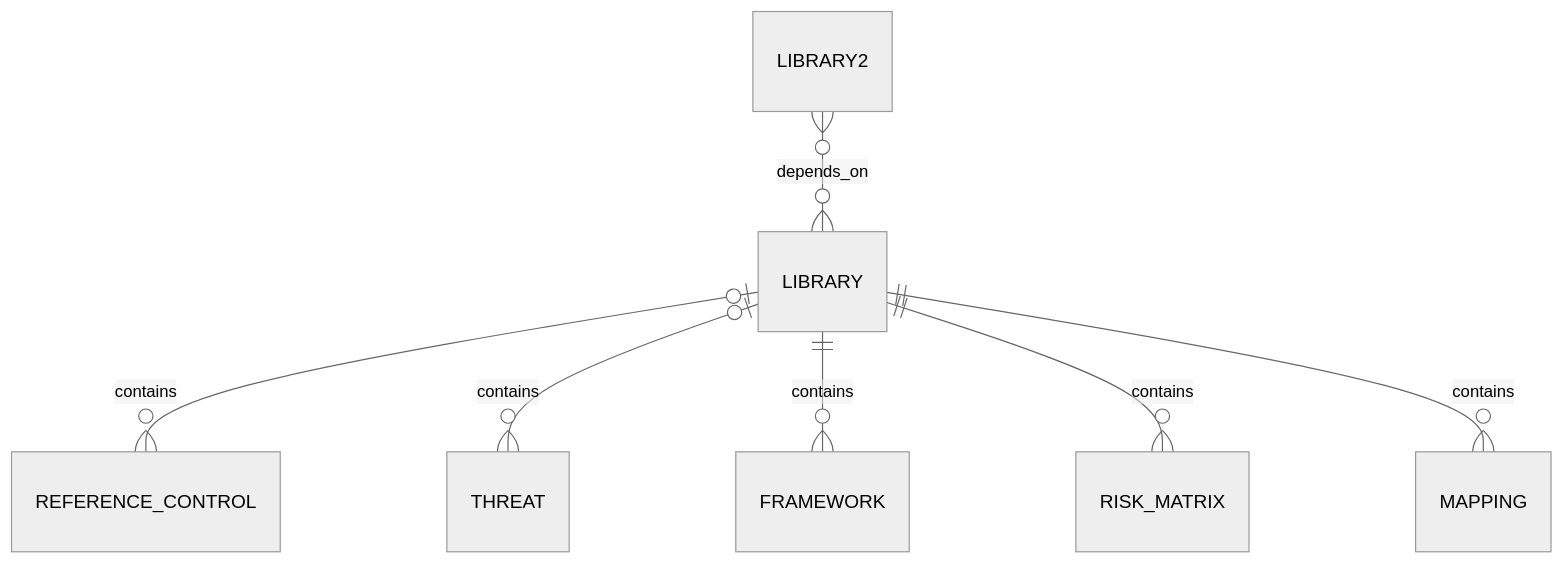
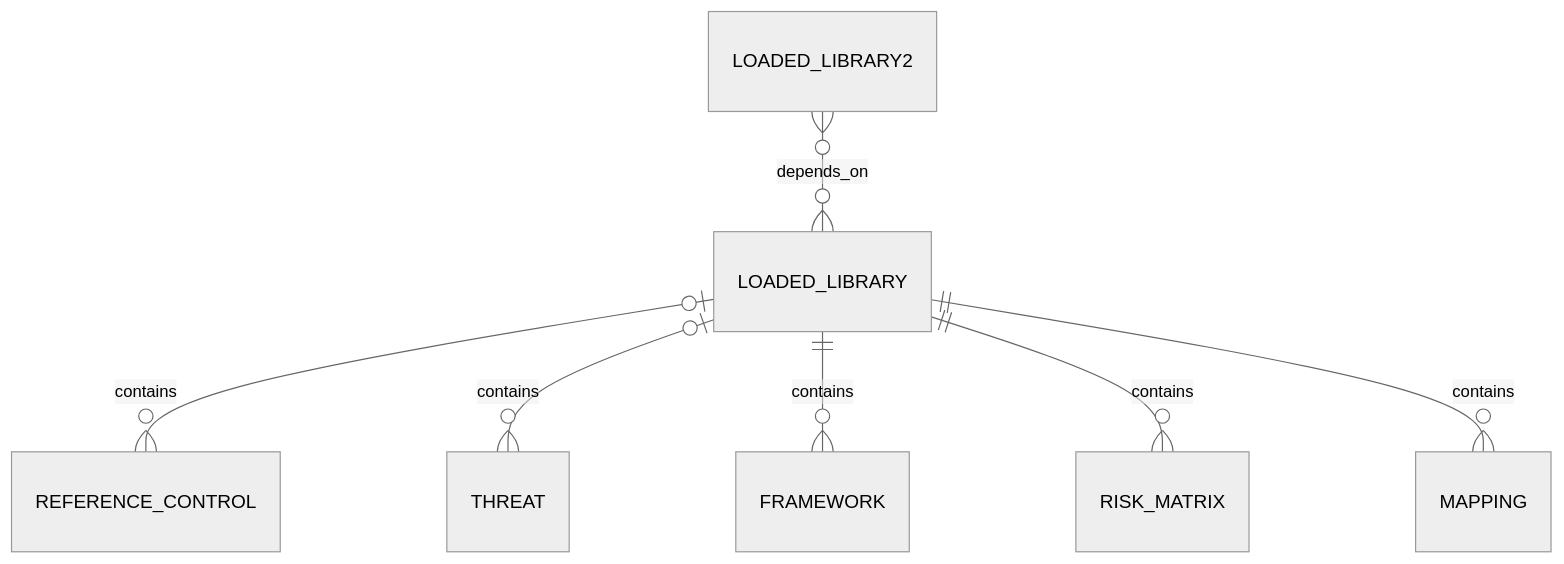
One commit to intuitem/ciso-assistant-community changed the third of 7 diagrams in documentation/architecture/data-model.md. Above: the diagram before and after it, drawn with Mermaid (neutral theme). The commit also changed other lines of this file, not shown here.

````diff
--- a/documentation/architecture/data-model.md
+++ b/documentation/architecture/data-model.md
@@ -58,10 +59,10 @@
 ```mermaid
 erDiagram
 
-    LIBRARY  |o--o{ REFERENCE_CONTROL: contains
-    LIBRARY  |o--o{ THREAT           : contains
-    LIBRARY  ||--o{ FRAMEWORK        : contains
-    LIBRARY  ||--o{ RISK_MATRIX      : contains
-    LIBRARY  ||--o{ MAPPING          : contains
-    LIBRARY2 }o--o{ LIBRARY          : depends_on
+    LOADED_LIBRARY  |o--o{ REFERENCE_CONTROL: contains
+    LOADED_LIBRARY  |o--o{ THREAT           : contains
+    LOADED_LIBRARY  ||--o{ FRAMEWORK        : contains
+    LOADED_LIBRARY  ||--o{ RISK_MATRIX      : contains
+    LOADED_LIBRARY  ||--o{ MAPPING          : contains
+    LOADED_LIBRARY2 }o--o{ LOADED_LIBRARY   : depends_on
 ```
````
